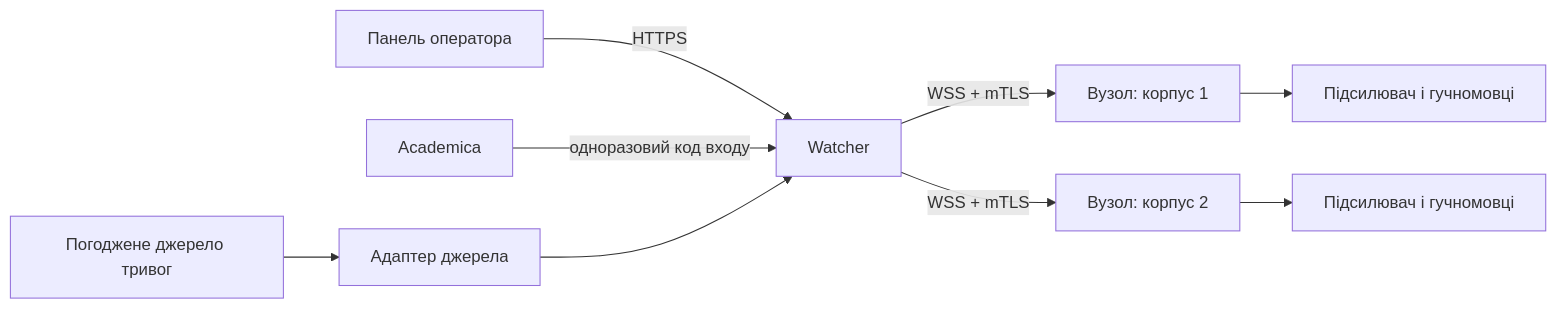
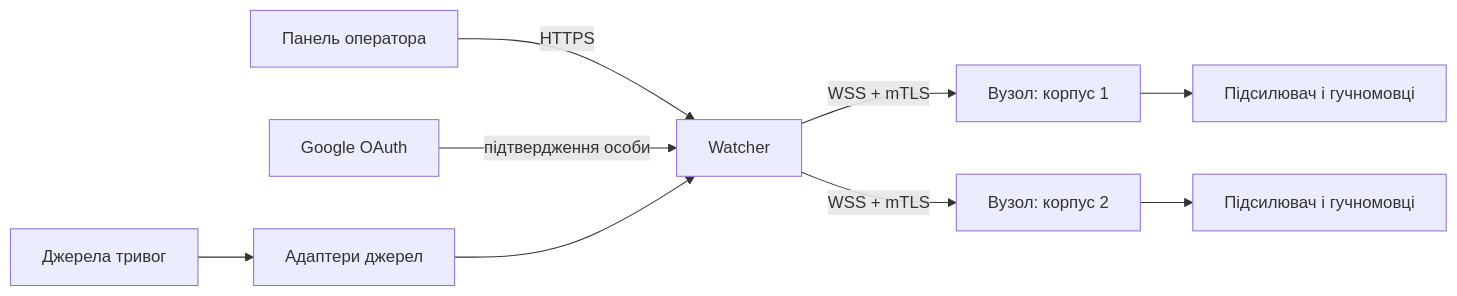
The first of 2 diagrams in docs/architecture.md (aferapokitaysky/kpk-alert), drawn with Mermaid before and after one commit. The commit also changed other lines of this file and 1 other file, not shown here.

````diff
--- a/docs/architecture.md
+++ b/docs/architecture.md
@@ -7,11 +7,11 @@
 ```mermaid
 flowchart LR
   Operator[Панель оператора] -->|HTTPS| Watcher[Watcher]
-  Academica[Academica] -->|одноразовий код входу| Watcher
-  Source[Погоджене джерело тривог] --> Adapter[Адаптер джерела]
+  Google[Google OAuth] -->|підтвердження особи| Watcher
+  Source[Джерела тривог] --> Adapter[Адаптери джерел]
   Adapter --> Watcher
   Watcher -->|WSS + mTLS| Edge1[Вузол: корпус 1]
   Watcher -->|WSS + mTLS| Edge2[Вузол: корпус 2]
   Edge1 --> Audio1[Підсилювач і гучномовці]
   Edge2 --> Audio2[Підсилювач і гучномовці]
 ```
````
